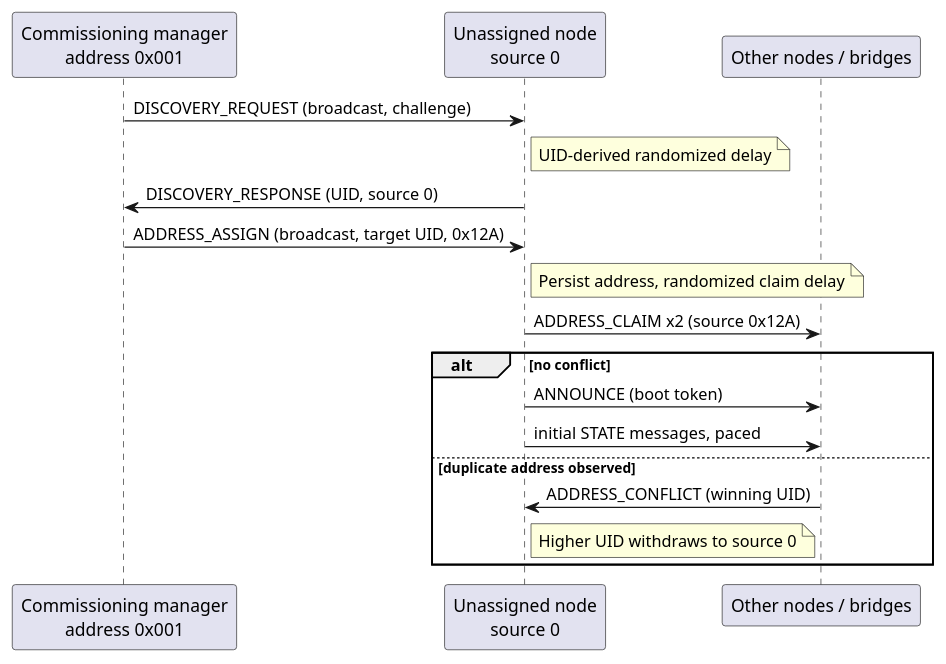
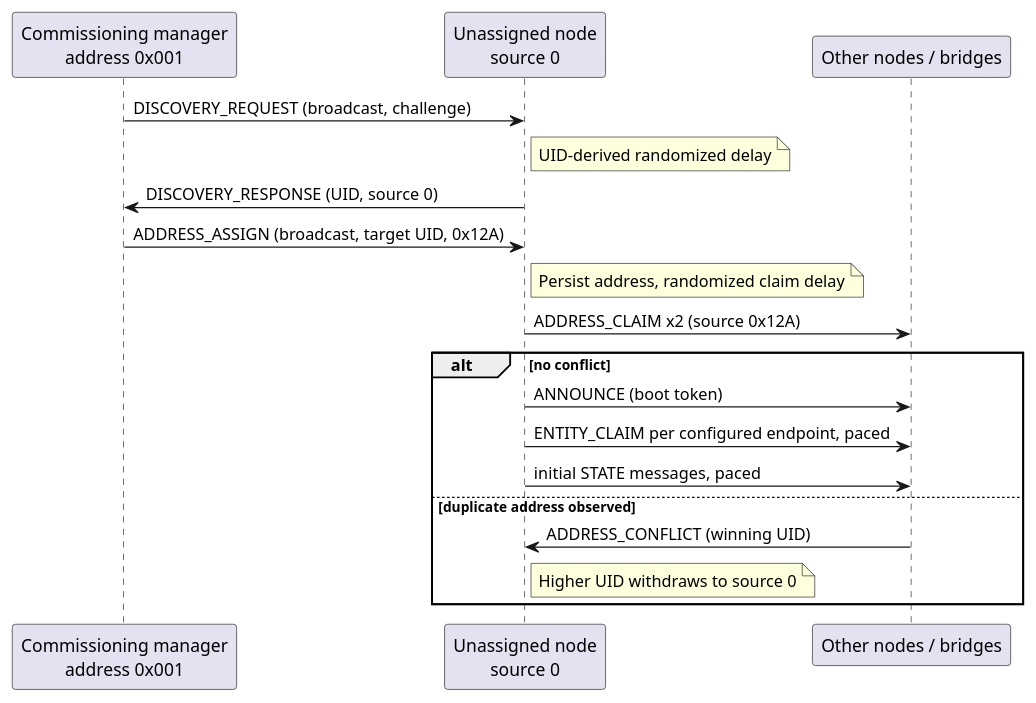
The diagram in docs/protocol/overview/commissioning.puml (morbic/esphome-hacan), drawn with PlantUML before and after one commit. The commit also changed 24 other files, not shown here.

```diff
--- a/docs/protocol/overview/commissioning.puml
+++ b/docs/protocol/overview/commissioning.puml
@@ -1,21 +1,22 @@
 @startuml
 skinparam backgroundColor transparent
 
 participant "Commissioning manager\naddress 0x001" as manager
 participant "Unassigned node\nsource 0" as node
 participant "Other nodes / bridges" as peers
 
 manager -> node: DISCOVERY_REQUEST (broadcast, challenge)
 note right of node: UID-derived randomized delay
 node -> manager: DISCOVERY_RESPONSE (UID, source 0)
 manager -> node: ADDRESS_ASSIGN (broadcast, target UID, 0x12A)
 note right of node: Persist address, randomized claim delay
 node -> peers: ADDRESS_CLAIM x2 (source 0x12A)
 alt no conflict
   node -> peers: ANNOUNCE (boot token)
+  node -> peers: ENTITY_CLAIM per configured endpoint, paced
   node -> peers: initial STATE messages, paced
 else duplicate address observed
   peers -> node: ADDRESS_CONFLICT (winning UID)
   note right of node: Higher UID withdraws to source 0
 end
 @enduml
```
